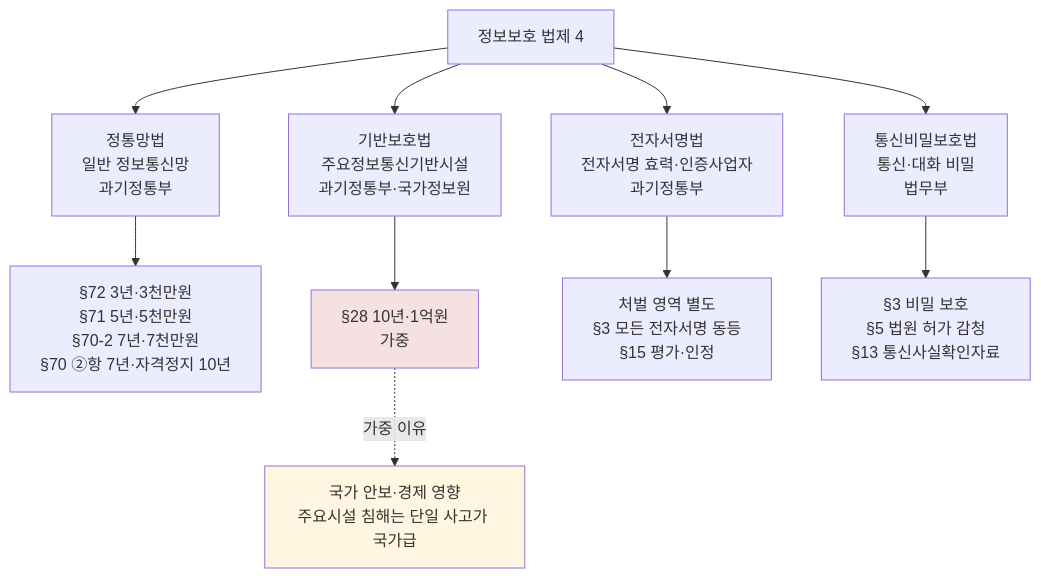
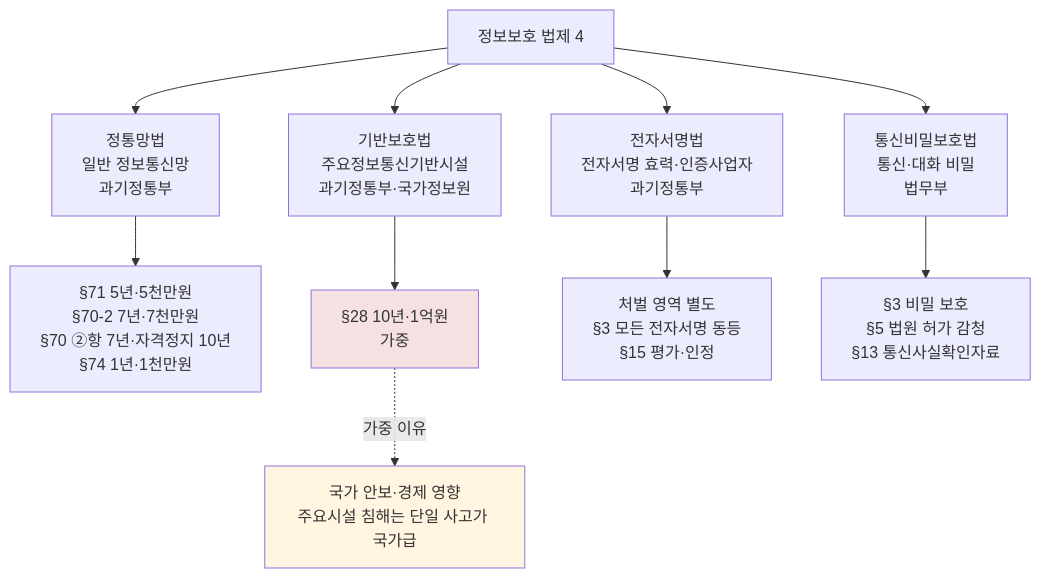
The fifth of 5 diagrams in cs/information-security/study/05.management-and-law/07.security-laws.md (ianrang/cs-study), drawn with Mermaid before and after one commit. The commit also changed other lines of this file and 1 other file, not shown here.

````diff
--- a/cs/information-security/study/05.management-and-law/07.security-laws.md
+++ b/cs/information-security/study/05.management-and-law/07.security-laws.md
@@ -640,21 +645,21 @@
 ```mermaid
 graph TD
   Q[정보보호 법제 4]
 
   Q --> L1[정통망법<br/>일반 정보통신망<br/>과기정통부]
-  L1 --> L1P[§72 3년·3천만원<br/>§71 5년·5천만원<br/>§70-2 7년·7천만원<br/>§70 ②항 7년·자격정지 10년]
+  L1 --> L1P[§71 5년·5천만원<br/>§70-2 7년·7천만원<br/>§70 ②항 7년·자격정지 10년<br/>§74 1년·1천만원]
 
   Q --> L2[기반보호법<br/>주요정보통신기반시설<br/>과기정통부·국가정보원]
   L2 --> L2P[§28 10년·1억원<br/>가중]
 
   Q --> L3[전자서명법<br/>전자서명 효력·인증사업자<br/>과기정통부]
   L3 --> L3P[처벌 영역 별도<br/>§3 모든 전자서명 동등<br/>§15 평가·인정]
 
   Q --> L4[통신비밀보호법<br/>통신·대화 비밀<br/>법무부]
   L4 --> L4P[§3 비밀 보호<br/>§5 법원 허가 감청<br/>§13 통신사실확인자료]
 
   L2P -.가중 이유.-> R[국가 안보·경제 영향<br/>주요시설 침해는 단일 사고가 국가급]
 
   style L2P fill:#f5e1e1
   style R fill:#fff5e1
 ```
````
